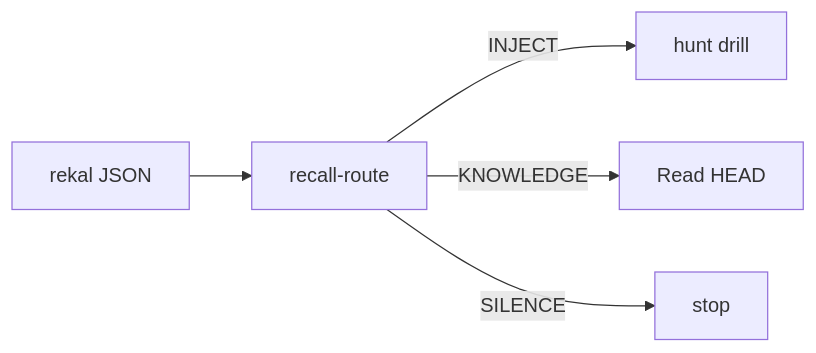
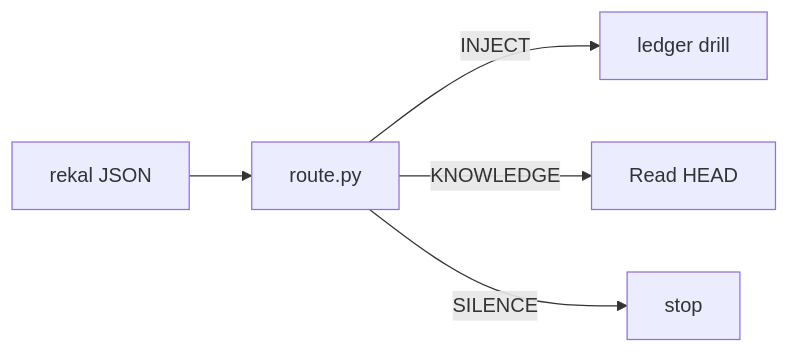
One commit to rekal-dev/rekal-cli changed the diagram in cmd/rekal/cli/skill/skills/rekal/references/reference.md. Above: the diagram before and after it, drawn with Mermaid. The commit also changed other lines of this file and 25 other files, not shown here.

````diff
--- a/cmd/rekal/cli/skill/skills/rekal/references/reference.md
+++ b/cmd/rekal/cli/skill/skills/rekal/references/reference.md
@@ -64,7 +61,7 @@
 ```mermaid
 flowchart LR
-  j["rekal JSON"] --> rr["recall-route"]
-  rr -->|INJECT| i["hunt drill"]
+  j["rekal JSON"] --> rr["route.py"]
+  rr -->|INJECT| i["ledger drill"]
   rr -->|KNOWLEDGE| k["Read HEAD"]
   rr -->|SILENCE| s["stop"]
 ```
````
